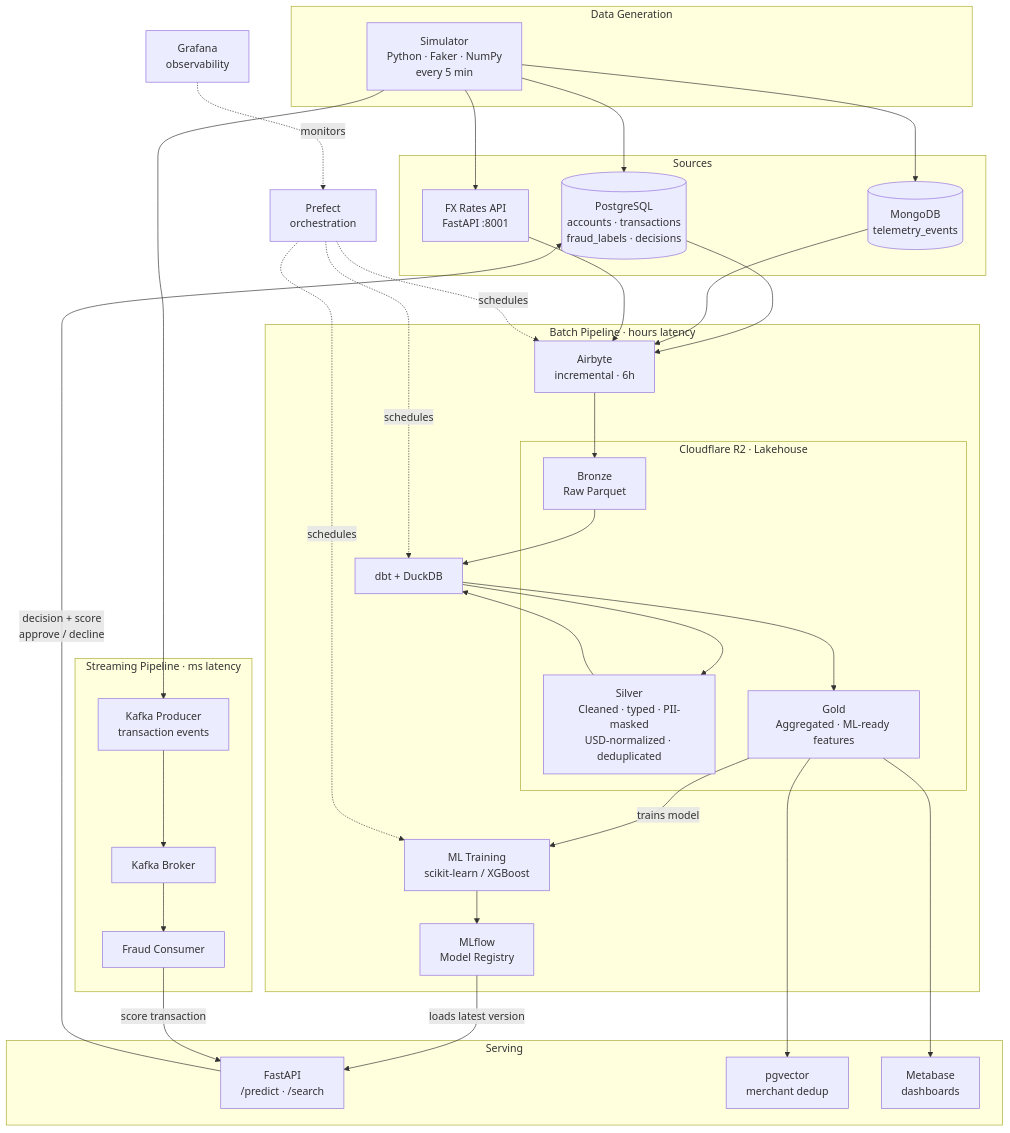
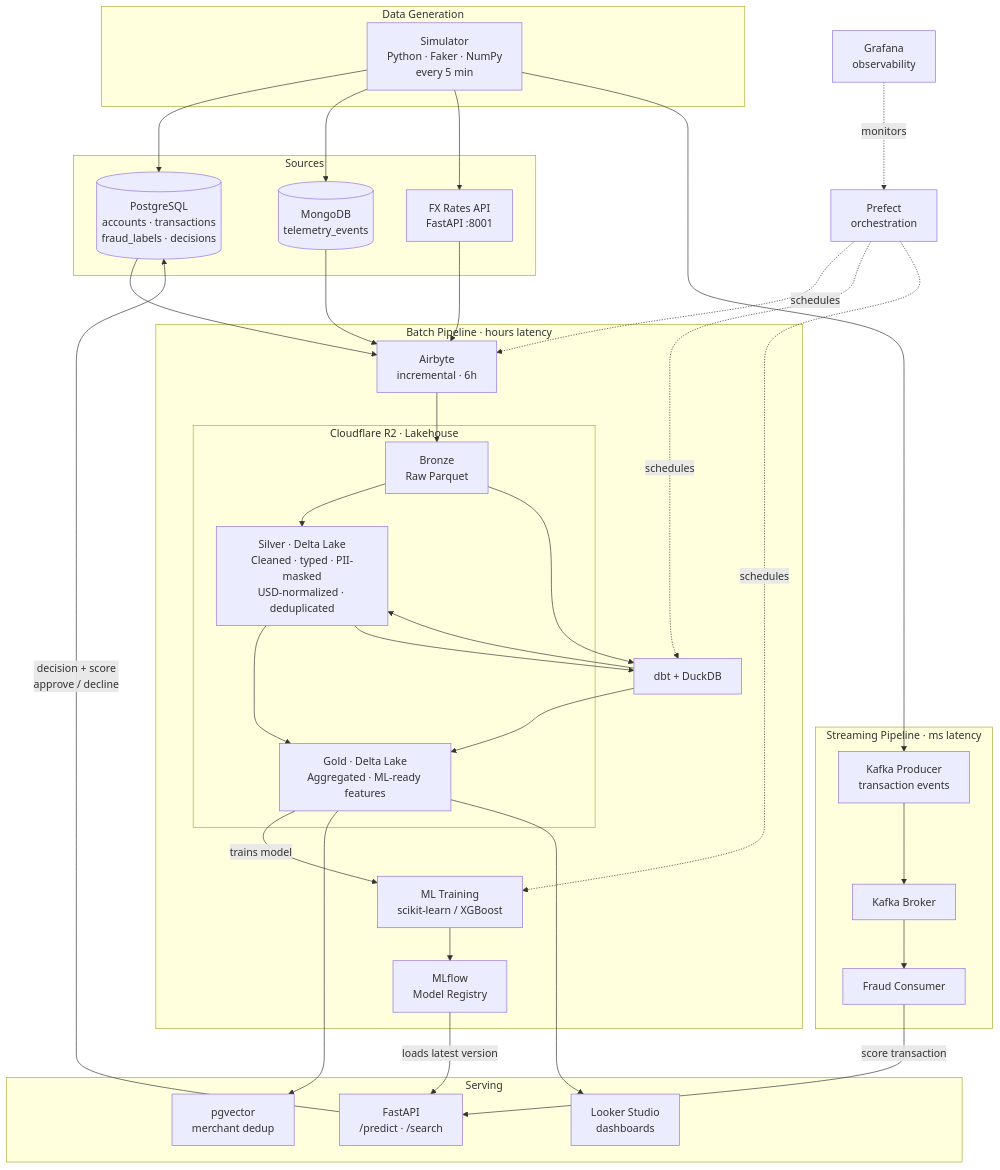
One commit to vifestudio/payflow-data-platform changed the diagram in README.md. Above: the diagram before and after it, drawn with Mermaid. The commit also changed other lines of this file, not shown here.

Commit message:
docs: add Delta Lake labels to Silver/Gold, fix Medallion flow order in diagram, switch BI to Looker Studio

````diff
--- a/README.md
+++ b/README.md
@@ -9,48 +9,51 @@
 ```mermaid
 flowchart TD
     subgraph SIM["Data Generation"]
         S["Simulator\nPython · Faker · NumPy\nevery 5 min"]
     end
 
     subgraph SOURCES["Sources"]
         PG[(PostgreSQL\naccounts · transactions\nfraud_labels · decisions)]
         MG[(MongoDB\ntelemetry_events)]
         FX["FX Rates API\nFastAPI :8001"]
     end
 
     subgraph BATCH["Batch Pipeline · hours latency"]
         AB["Airbyte\nincremental · 6h"]
         subgraph LAKE["Cloudflare R2 · Lakehouse"]
             B["Bronze\nRaw Parquet"]
-            SI["Silver\nCleaned · typed · PII-masked\nUSD-normalized · deduplicated"]
-            G["Gold\nAggregated · ML-ready features"]
+            SI["Silver · Delta Lake\nCleaned · typed · PII-masked\nUSD-normalized · deduplicated"]
+            G["Gold · Delta Lake\nAggregated · ML-ready features"]
+            B --> SI --> G
         end
         DBT["dbt + DuckDB"]
         ML["ML Training\nscikit-learn / XGBoost"]
         MLF["MLflow\nModel Registry"]
     end
 
     subgraph STREAMING["Streaming Pipeline · ms latency"]
         KP["Kafka Producer\ntransaction events"]
         KB["Kafka Broker"]
         KC["Fraud Consumer"]
     end
 
     subgraph SERVING["Serving"]
         API["FastAPI\n/predict · /search"]
         VEC["pgvector\nmerchant dedup"]
-        BI["Metabase\ndashboards"]
+        BI["Looker Studio\ndashboards"]
     end
 
     S --> PG & MG & FX
     S --> KP
-    PG & MG & FX --> AB --> B --> DBT --> SI --> DBT --> G
+    PG & MG & FX --> AB --> B
+    B --> DBT --> SI
+    SI --> DBT --> G
     G -->|"trains model"| ML --> MLF
     G --> VEC & BI
     MLF -->|"loads latest version"| API
     KP --> KB --> KC -->|"score transaction"| API
     API -->|"decision + score\napprove / decline"| PG
 
     PREF["Prefect\norchestration"] -. schedules .-> AB & DBT & ML
     GRAF["Grafana\nobservability"] -. monitors .-> PREF
 ```
````
